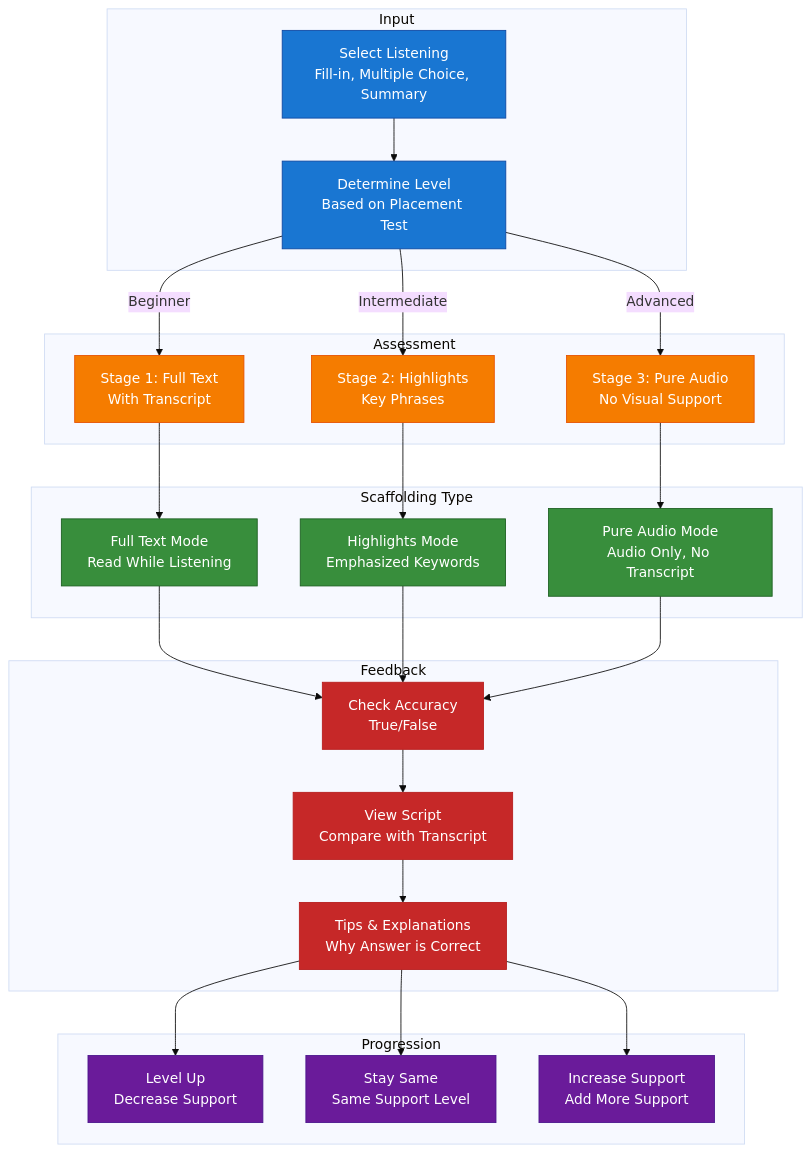
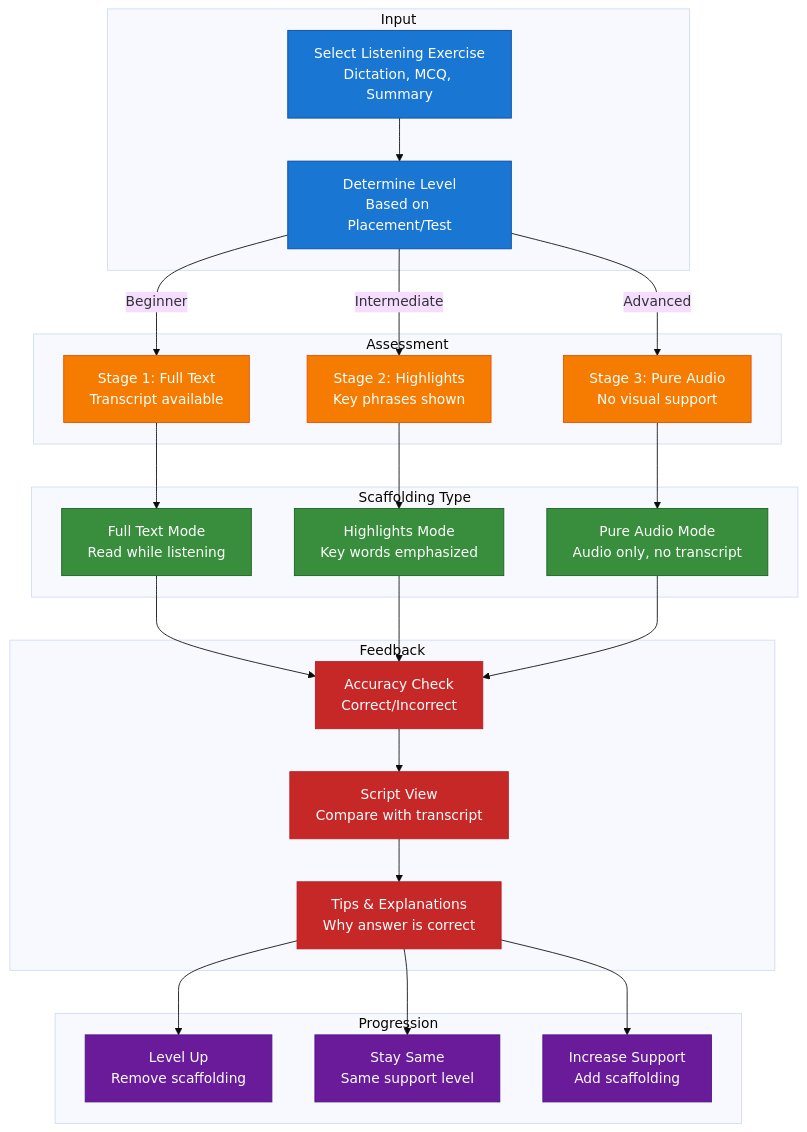
Before and after one commit to nghyane/VSTEP: the fourth of 8 diagrams in docs/capstone/diagrams/flow-diagrams.vi.md, drawn with Mermaid (base theme). The commit also changed other lines of this file, not shown here.

First line of the commit message:
docs: fix Vietnamese flow diagrams to proper Vietnamese language

````diff
--- a/docs/capstone/diagrams/flow-diagrams.vi.md
+++ b/docs/capstone/diagrams/flow-diagrams.vi.md
@@ -190,59 +190,59 @@
 ```mermaid
 flowchart TB
     subgraph Input ["Input"]
-        Exercise["Select Listening<br/>Fill-in, Multiple Choice, Summary"]
-        Level["Determine Level<br/>Based on Placement Test"]
+        Exercise["Select Listening Exercise<br/>Dictation, MCQ, Summary"]
+        Level["Determine Level<br/>Based on Placement/Test"]
     end
 
     subgraph Assessment ["Assessment"]
-        Stage1["Stage 1: Full Text<br/>With Transcript"]
-        Stage2["Stage 2: Highlights<br/>Key Phrases"]
-        Stage3["Stage 3: Pure Audio<br/>No Visual Support"]
+        Stage1["Stage 1: Full Text<br/>Transcript available"]
+        Stage2["Stage 2: Highlights<br/>Key phrases shown"]
+        Stage3["Stage 3: Pure Audio<br/>No visual support"]
     end
 
     subgraph Scaffold ["Scaffolding Type"]
-        FullText["Full Text Mode<br/>Read While Listening"]
-        Highlights["Highlights Mode<br/>Emphasized Keywords"]
-        PureAudio["Pure Audio Mode<br/>Audio Only, No Transcript"]
+        FullText["Full Text Mode<br/>Read while listening"]
+        Highlights["Highlights Mode<br/>Key words emphasized"]
+        PureAudio["Pure Audio Mode<br/>Audio only, no transcript"]
     end
 
     subgraph Feedback ["Feedback"]
-        Accuracy["Check Accuracy<br/>True/False"]
-        Script["View Script<br/>Compare with Transcript"]
-        Tips["Tips & Explanations<br/>Why Answer is Correct"]
+        Accuracy["Accuracy Check<br/>Correct/Incorrect"]
+        Script["Script View<br/>Compare with transcript"]
+        Tips["Tips & Explanations<br/>Why answer is correct"]
     end
 
     subgraph Progression ["Progression"]
-        Up["Level Up<br/>Decrease Support"]
-        Stay["Stay Same<br/>Same Support Level"]
-        Down["Increase Support<br/>Add More Support"]
+        Up["Level Up<br/>Remove scaffolding"]
+        Stay["Stay Same<br/>Same support level"]
+        Down["Increase Support<br/>Add scaffolding"]
     end
 
     Exercise --> Level
     Level -->|Beginner| Stage1
     Level -->|Intermediate| Stage2
     Level -->|Advanced| Stage3
     Stage1 --> FullText
     Stage2 --> Highlights
     Stage3 --> PureAudio
     FullText --> Accuracy
     Highlights --> Accuracy
     PureAudio --> Accuracy
     Accuracy --> Script
     Script --> Tips
     Tips --> Up
     Tips --> Stay
     Tips --> Down
 
     classDef input fill:#1976d2,stroke:#0d47a1,color:#fff
     classDef assessment fill:#f57c00,stroke:#e65100,color:#fff
     classDef scaffold fill:#388e3c,stroke:#1b5e20,color:#fff
     classDef feedback fill:#c62828,stroke:#b71c1c,color:#fff
     classDef progression fill:#6a1b9a,stroke:#4a148c,color:#fff
 
     class Exercise,Level input
     class Stage1,Stage2,Stage3 assessment
     class FullText,Highlights,PureAudio scaffold
     class Accuracy,Script,Tips feedback
     class Up,Stay,Down progression
 ```
````
